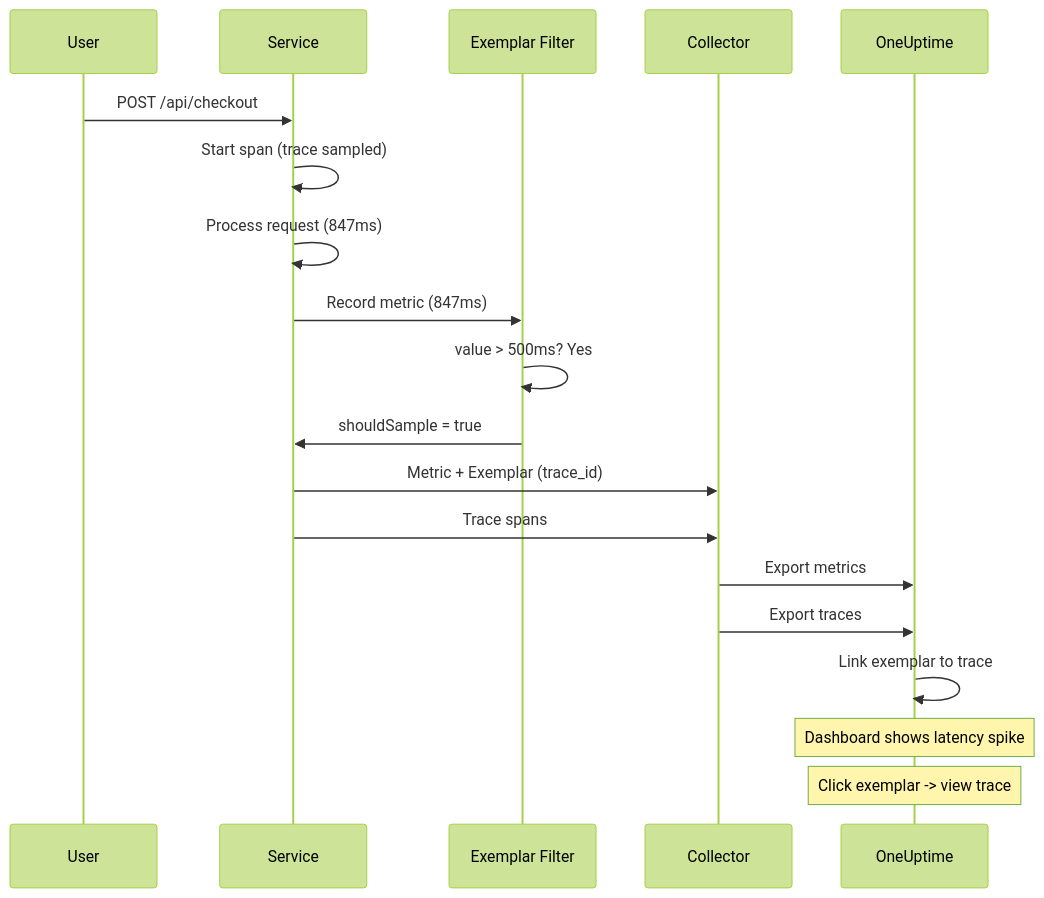
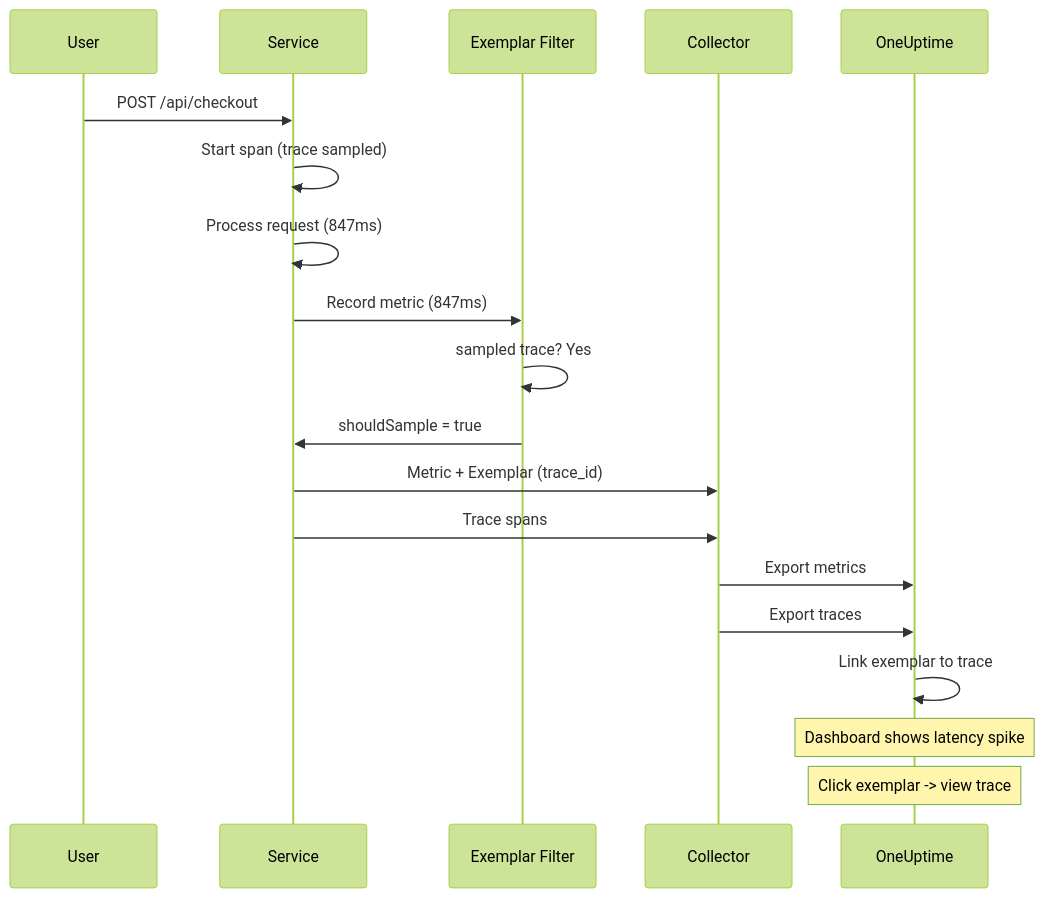
Before and after one commit to OneUptime/blog: the third of 3 diagrams in posts/2026-01-30-opentelemetry-exemplar-filters/README.md, drawn with Mermaid (forest theme). The commit also changed other lines of this file and 2 other files, not shown here.

````diff
--- a/posts/2026-01-30-opentelemetry-exemplar-filters/README.md
+++ b/posts/2026-01-30-opentelemetry-exemplar-filters/README.md
@@ -723,22 +637,22 @@
 ```mermaid
 sequenceDiagram
     participant User
     participant Service
     participant Filter as Exemplar Filter
     participant Collector
     participant Backend as OneUptime
 
     User->>Service: POST /api/checkout
     Service->>Service: Start span (trace sampled)
     Service->>Service: Process request (847ms)
     Service->>Filter: Record metric (847ms)
-    Filter->>Filter: value > 500ms? Yes
+    Filter->>Filter: sampled trace? Yes
     Filter->>Service: shouldSample = true
     Service->>Collector: Metric + Exemplar (trace_id)
     Service->>Collector: Trace spans
     Collector->>Backend: Export metrics
     Collector->>Backend: Export traces
     Backend->>Backend: Link exemplar to trace
     Note over Backend: Dashboard shows latency spike
     Note over Backend: Click exemplar -> view trace
 ```
````
